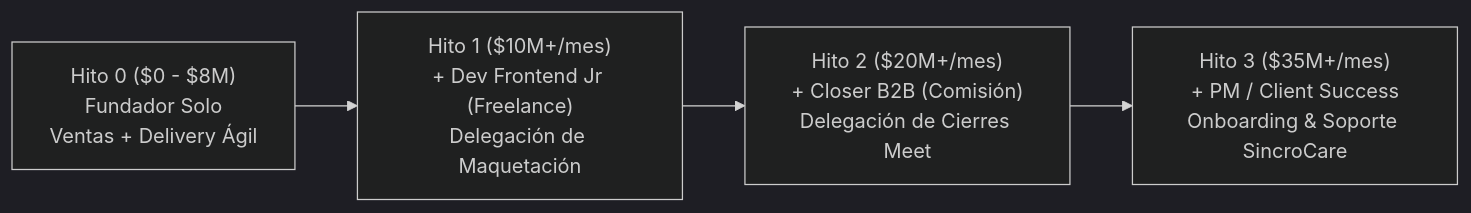
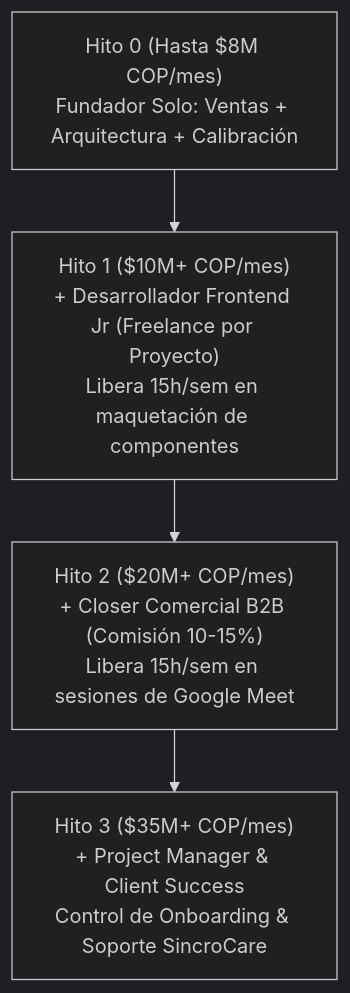
One commit to AlejoLamg/Sincria- changed the eighth of 10 diagrams in docs/PLAN_DE_NEGOCIOS_SINCROIA.md. Above: the diagram before and after it, drawn with Mermaid (dark theme). The commit also changed other lines of this file, not shown here.

````diff
--- a/docs/PLAN_DE_NEGOCIOS_SINCROIA.md
+++ b/docs/PLAN_DE_NEGOCIOS_SINCROIA.md
@@ -421,6 +470,6 @@
 ```mermaid
-flowchart LR
-    H0["Hito 0 ($0 - $8M)<br/>Fundador Solo<br/>Ventas + Delivery Ágil"] --> H1["Hito 1 ($10M+/mes)<br/>+ Dev Frontend Jr (Freelance)<br/>Delegación de Maquetación"]
-    H1 --> H2["Hito 2 ($20M+/mes)<br/>+ Closer B2B (Comisión)<br/>Delegación de Cierres Meet"]
-    H2 --> H3["Hito 3 ($35M+/mes)<br/>+ PM / Client Success<br/>Onboarding & Soporte SincroCare"]
+flowchart TD
+    H0["Hito 0 (Hasta $8M COP/mes)<br/>Fundador Solo: Ventas + Arquitectura + Calibración"] --> H1["Hito 1 ($10M+ COP/mes)<br/>+ Desarrollador Frontend Jr (Freelance por Proyecto)<br/>Libera 15h/sem en maquetación de componentes"]
+    H1 --> H2["Hito 2 ($20M+ COP/mes)<br/>+ Closer Comercial B2B (Comisión 10-15%)<br/>Libera 15h/sem en sesiones de Google Meet"]
+    H2 --> H3["Hito 3 ($35M+ COP/mes)<br/>+ Project Manager & Client Success<br/>Control de Onboarding & Soporte SincroCare"]
 ```
````
